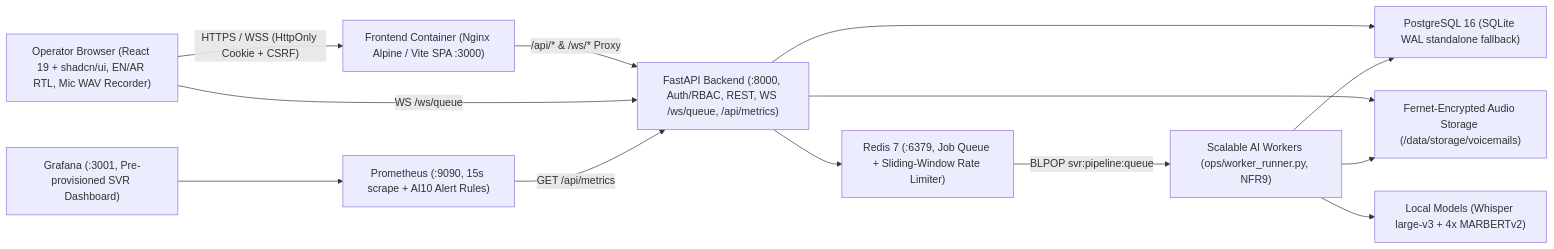
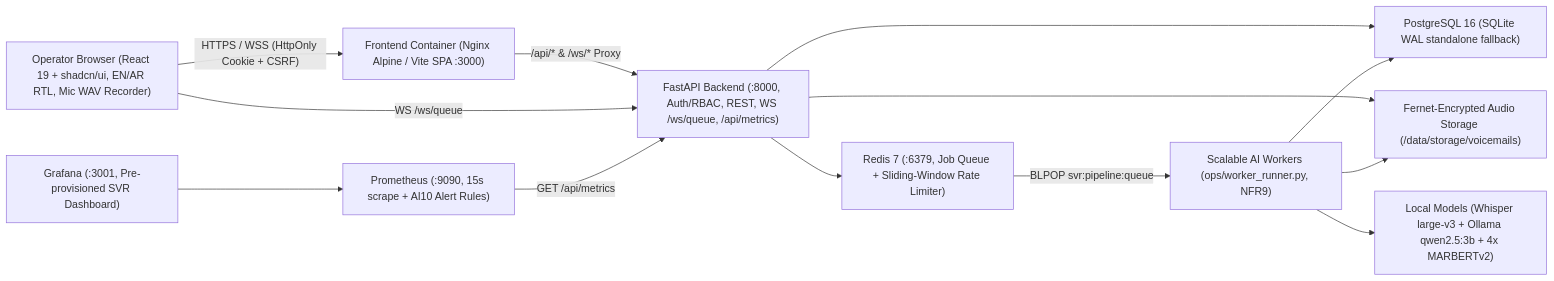
Before and after one commit to hazemelerefey/smart-voicemail-router: the diagram in docs/ARCHITECTURE-AND-DEPLOYMENT.md, drawn with Mermaid. The commit also changed other lines of this file and 29 other files, not shown here.

Commit message:
feat(voicegate): integrate LangGraph Qwen2.5-3B gate, Docker Ollama, and updated docs

````diff
--- a/docs/ARCHITECTURE-AND-DEPLOYMENT.md
+++ b/docs/ARCHITECTURE-AND-DEPLOYMENT.md
@@ -17,26 +17,26 @@
 ```mermaid
 flowchart LR
     Browser["Operator Browser (React 19 + shadcn/ui, EN/AR RTL, Mic WAV Recorder)"]
     Frontend["Frontend Container (Nginx Alpine / Vite SPA :3000)"]
     API["FastAPI Backend (:8000, Auth/RBAC, REST, WS /ws/queue, /api/metrics)"]
     Redis["Redis 7 (:6379, Job Queue + Sliding-Window Rate Limiter)"]
     Worker["Scalable AI Workers (ops/worker_runner.py, NFR9)"]
     PG["PostgreSQL 16 (SQLite WAL standalone fallback)"]
     AudioStore["Fernet-Encrypted Audio Storage (/data/storage/voicemails)"]
-    Models["Local Models (Whisper large-v3 + 4x MARBERTv2)"]
+    Models["Local Models (Whisper large-v3 + Ollama qwen2.5:3b + 4x MARBERTv2)"]
     Prom["Prometheus (:9090, 15s scrape + AI10 Alert Rules)"]
     Graf["Grafana (:3001, Pre-provisioned SVR Dashboard)"]
 
     Browser -->|"HTTPS / WSS (HttpOnly Cookie + CSRF)"| Frontend
     Frontend -->|"/api/* & /ws/* Proxy"| API
     Browser -->|"WS /ws/queue"| API
     API --> PG
     API --> Redis
     API --> AudioStore
     Redis -->|"BLPOP svr:pipeline:queue"| Worker
     Worker --> AudioStore
     Worker --> Models
     Worker --> PG
     Prom -->|"GET /api/metrics"| API
     Graf --> Prom
 ```
````
